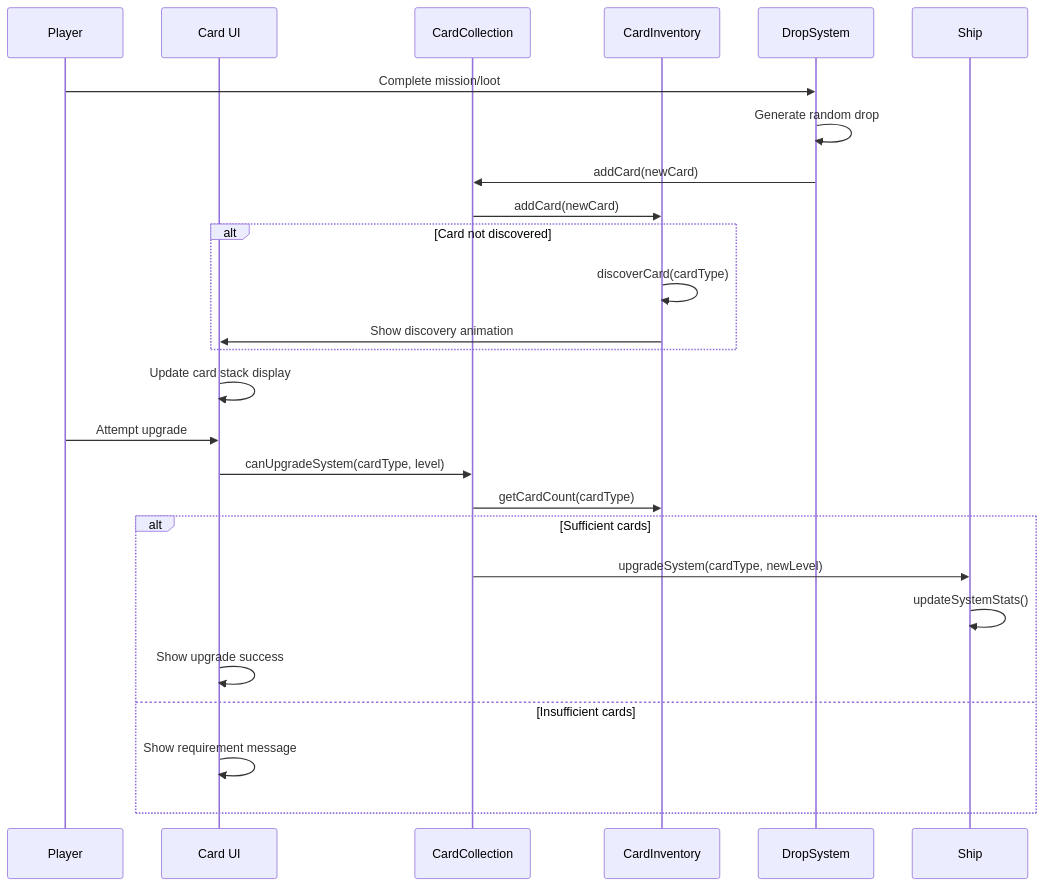
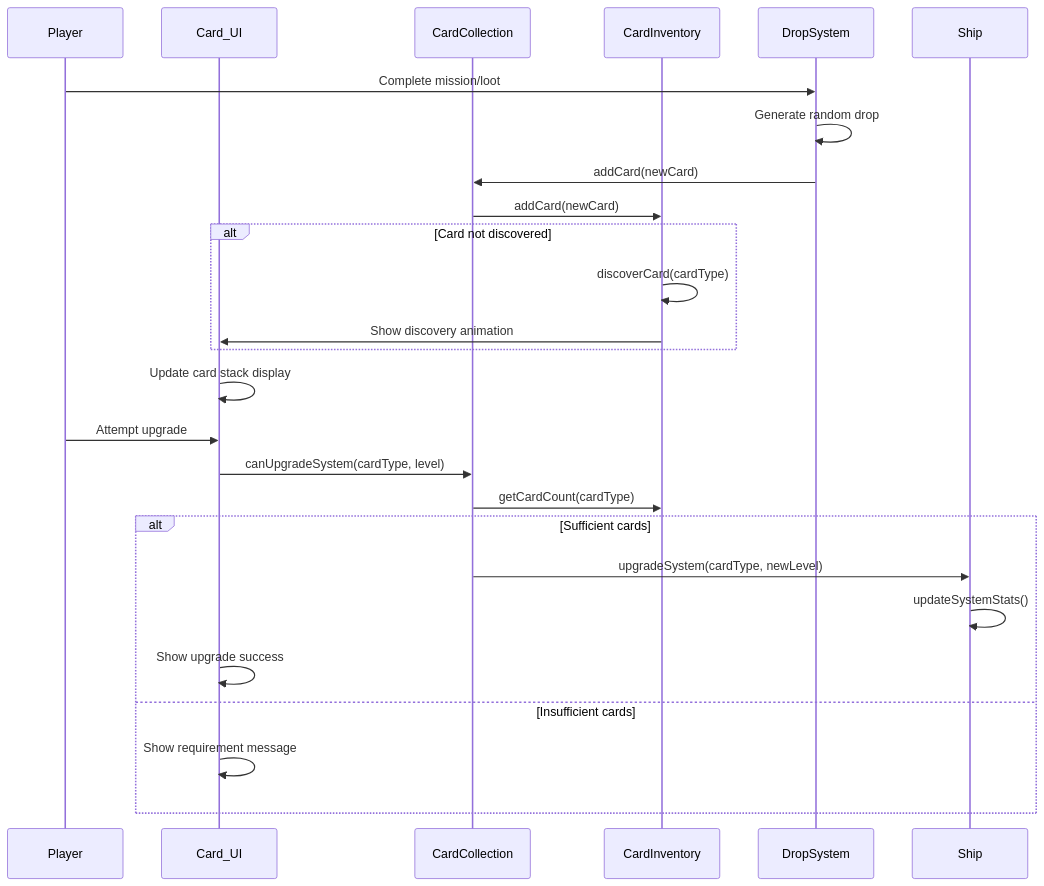
The second of 13 diagrams in docs/system_architecture.md (thoracle/planetz), drawn with Mermaid before and after one commit. The commit also changed other lines of this file and 98 other files, not shown here.

````diff
--- a/docs/system_architecture.md
+++ b/docs/system_architecture.md
@@ -68,33 +68,33 @@
 ```mermaid
 sequenceDiagram
     participant Player
-    participant UI as Card UI
+    participant CardUI as Card_UI
     participant Collection as CardCollection
     participant Inventory as CardInventory
     participant Drop as DropSystem
     participant Ship as Ship
 
     Player->>Drop: Complete mission/loot
     Drop->>Drop: Generate random drop
     Drop->>Collection: addCard(newCard)
     Collection->>Inventory: addCard(newCard)
     
     alt Card not discovered
         Inventory->>Inventory: discoverCard(cardType)
-        Inventory->>UI: Show discovery animation
+        Inventory->>CardUI: Show discovery animation
     end
     
-    UI->>UI: Update card stack display
+    CardUI->>CardUI: Update card stack display
     
-    Player->>UI: Attempt upgrade
-    UI->>Collection: canUpgradeSystem(cardType, level)
+    Player->>CardUI: Attempt upgrade
+    CardUI->>Collection: canUpgradeSystem(cardType, level)
     Collection->>Inventory: getCardCount(cardType)
     
     alt Sufficient cards
         Collection->>Ship: upgradeSystem(cardType, newLevel)
         Ship->>Ship: updateSystemStats()
-        UI->>UI: Show upgrade success
+        CardUI->>CardUI: Show upgrade success
     else Insufficient cards
-        UI->>UI: Show requirement message
+        CardUI->>CardUI: Show requirement message
     end
 ```
````
